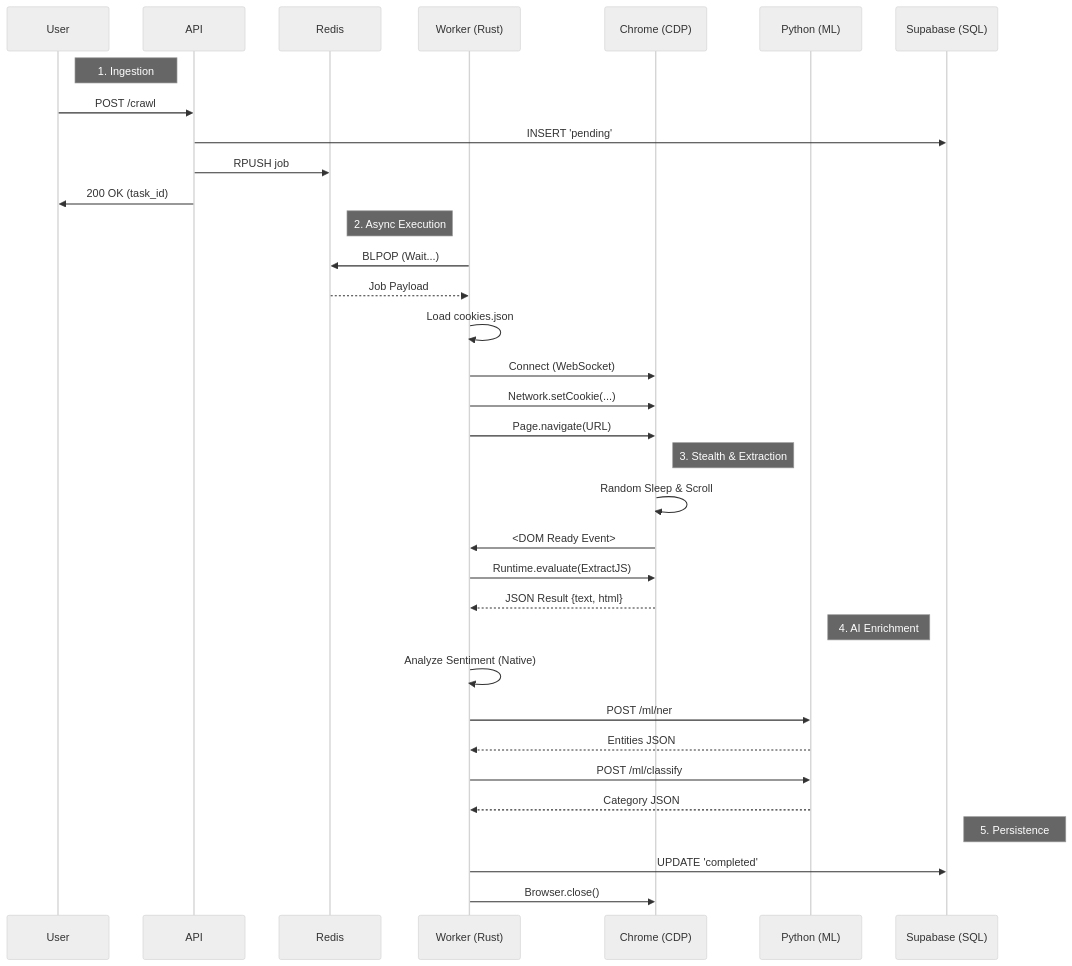
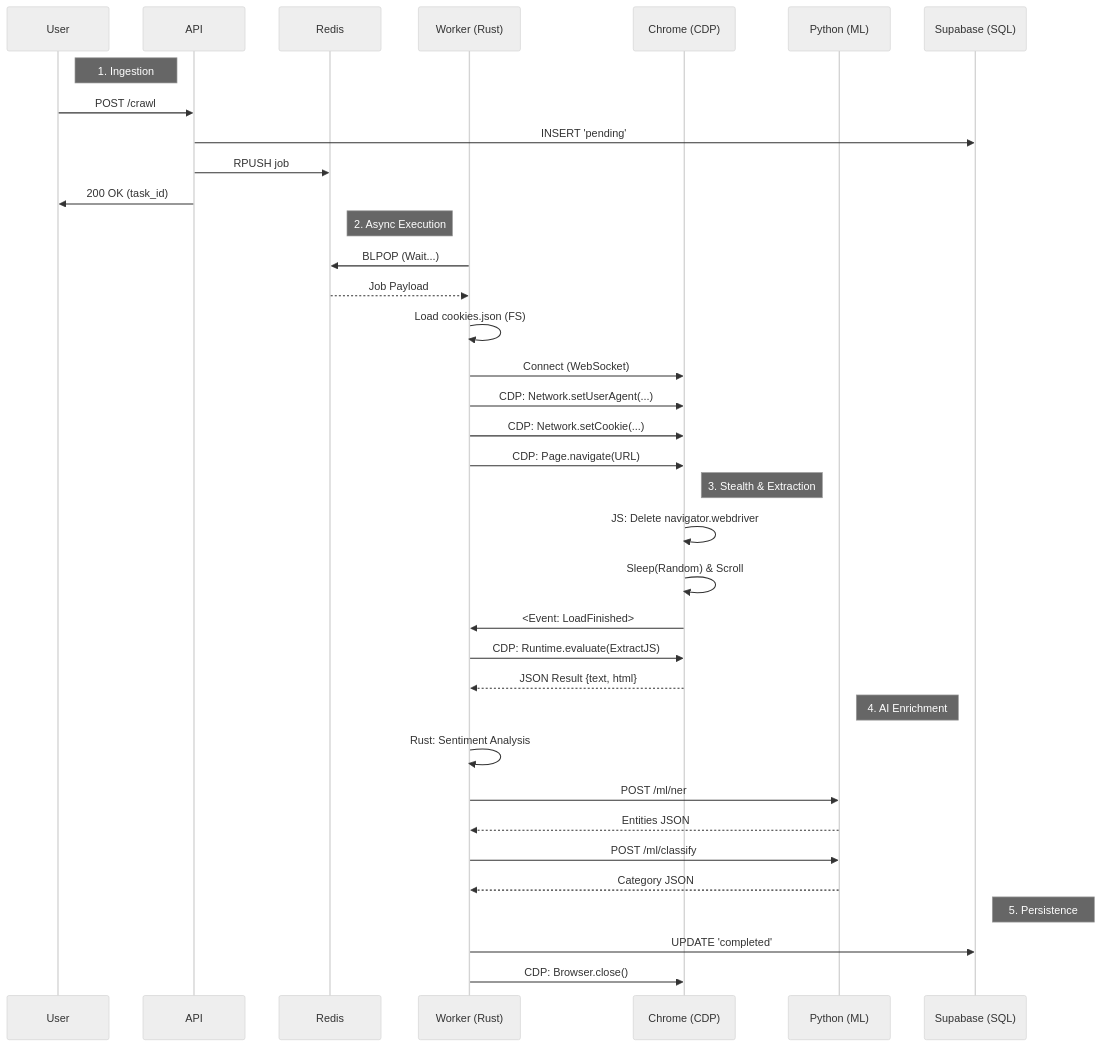
Before and after one commit to pretamane/crawling: the second of 2 diagrams in rust-crawler/docs/SYSTEM_ARCHITECTURE.md, drawn with Mermaid (neutral theme). The commit also changed other lines of this file, not shown here.

Commit message:
docs: EXPAND architecture with CDP protocols, Redis schema, and internal APIs

````diff
--- a/rust-crawler/docs/SYSTEM_ARCHITECTURE.md
+++ b/rust-crawler/docs/SYSTEM_ARCHITECTURE.md
@@ -111,42 +138,44 @@
 ```mermaid
 sequenceDiagram
     participant U as User
     participant A as API
     participant R as Redis
     participant W as Worker (Rust)
     participant C as Chrome (CDP)
     participant P as Python (ML)
     participant D as Supabase (SQL)
     
     Note right of U: 1. Ingestion
     U->>A: POST /crawl
     A->>D: INSERT 'pending'
     A->>R: RPUSH job
     A->>U: 200 OK (task_id)
     
     Note right of R: 2. Async Execution
     W->>R: BLPOP (Wait...)
     R-->>W: Job Payload
-    W->>W: Load cookies.json
+    W->>W: Load cookies.json (FS)
     
     W->>C: Connect (WebSocket)
-    W->>C: Network.setCookie(...)
-    W->>C: Page.navigate(URL)
+    W->>C: CDP: Network.setUserAgent(...)
+    W->>C: CDP: Network.setCookie(...)
+    W->>C: CDP: Page.navigate(URL)
     
     Note right of C: 3. Stealth & Extraction
-    C->>C: Random Sleep & Scroll
-    C->>W: <DOM Ready Event>
-    W->>C: Runtime.evaluate(ExtractJS)
+    C->>C: JS: Delete navigator.webdriver
+    C->>C: Sleep(Random) & Scroll
+    C->>W: <Event: LoadFinished>
+    W->>C: CDP: Runtime.evaluate(ExtractJS)
     C-->>W: JSON Result {text, html}
     
     Note right of P: 4. AI Enrichment
-    W->>W: Analyze Sentiment (Native)
+    W->>W: Rust: Sentiment Analysis
     W->>P: POST /ml/ner
     P-->>W: Entities JSON
     W->>P: POST /ml/classify
     P-->>W: Category JSON
     
     Note right of D: 5. Persistence
     W->>D: UPDATE 'completed'
-    W->>C: Browser.close()
+    W->>C: CDP: Browser.close()
 ```
````
